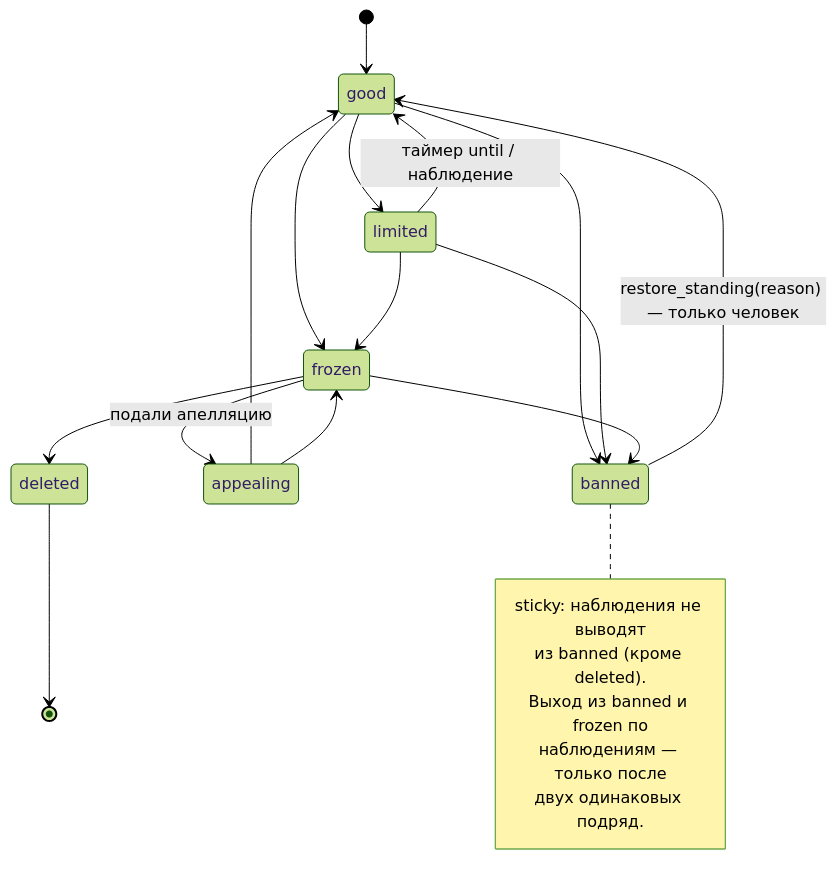
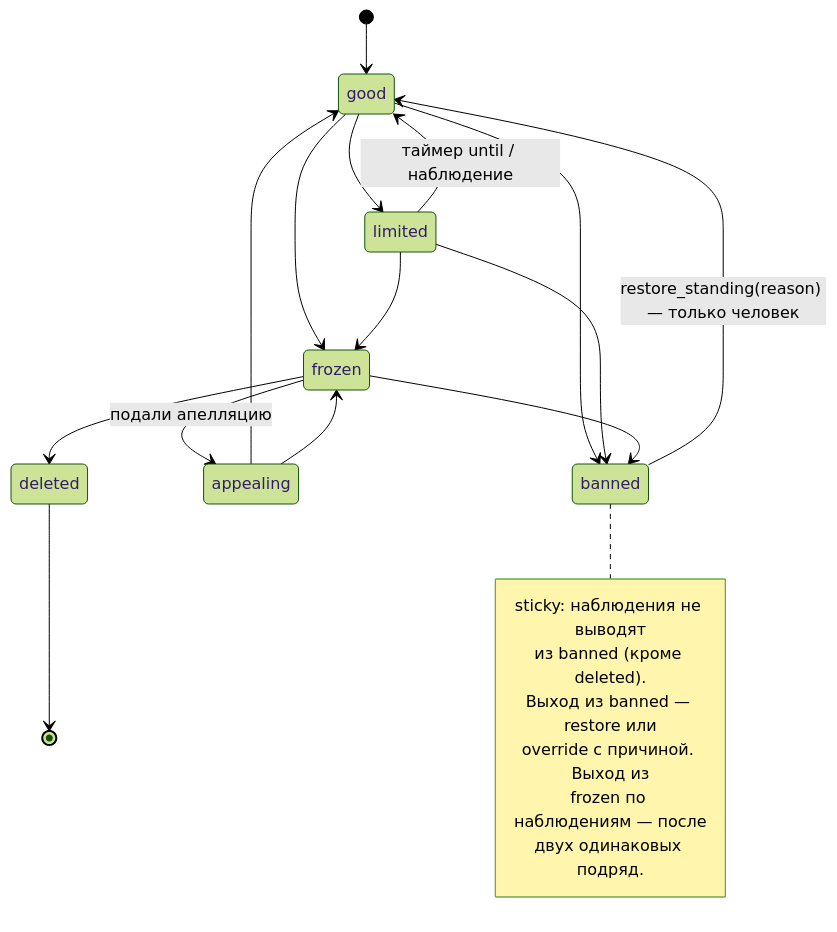
Before and after one commit to 0cherednoq/identity-hub: the third of 6 diagrams in docs/guide/04-states.md, drawn with Mermaid (forest theme). The commit also changed other lines of this file and 6 other files, not shown here.

````diff
--- a/docs/guide/04-states.md
+++ b/docs/guide/04-states.md
@@ -62,25 +62,26 @@
 ```mermaid
 stateDiagram-v2
     [*] --> good
     good --> limited
     good --> frozen
     good --> banned
     limited --> good : таймер until / наблюдение
     limited --> frozen
     limited --> banned
     frozen --> appealing : подали апелляцию
     frozen --> deleted
     frozen --> banned
     appealing --> good
     appealing --> frozen
     banned --> good : restore_standing(reason) — только человек
     deleted --> [*]
 
     note right of banned
         sticky: наблюдения не выводят
         из banned (кроме deleted).
-        Выход из banned и frozen по
-        наблюдениям — только после
+        Выход из banned — restore или
+        override с причиной. Выход из
+        frozen по наблюдениям — после
         двух одинаковых подряд.
     end note
 ```
````
